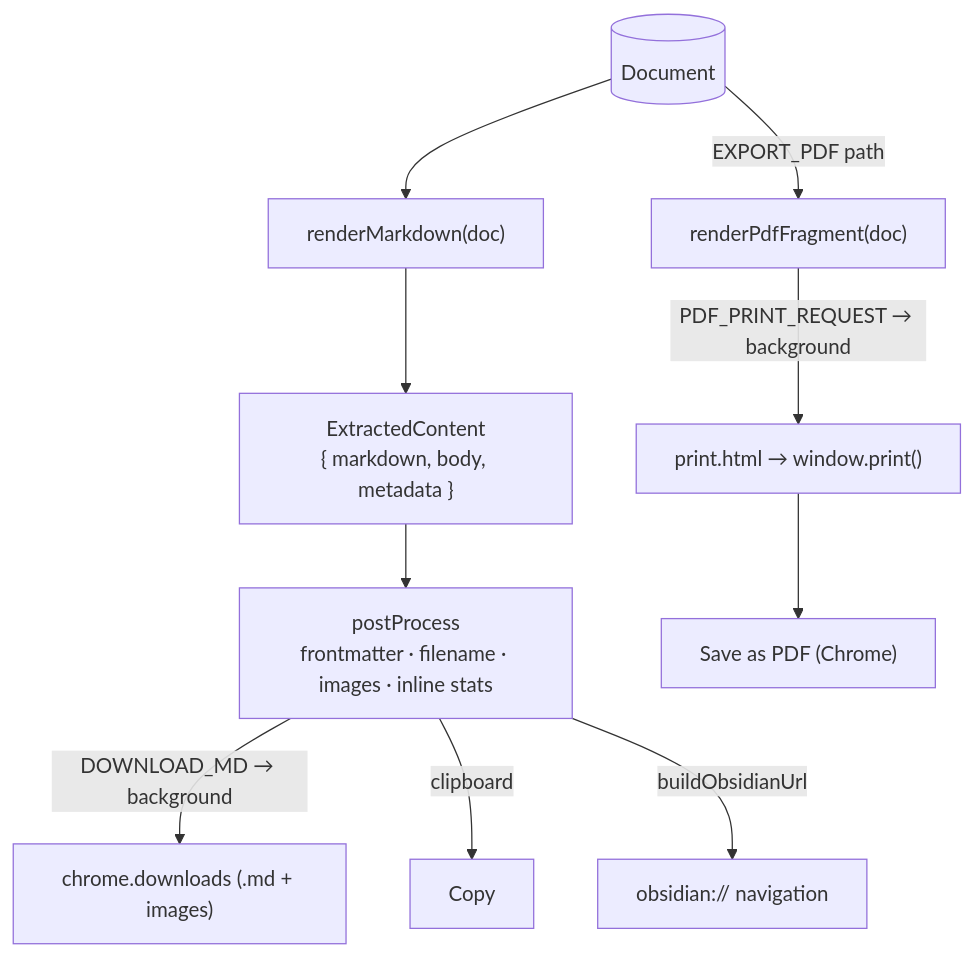
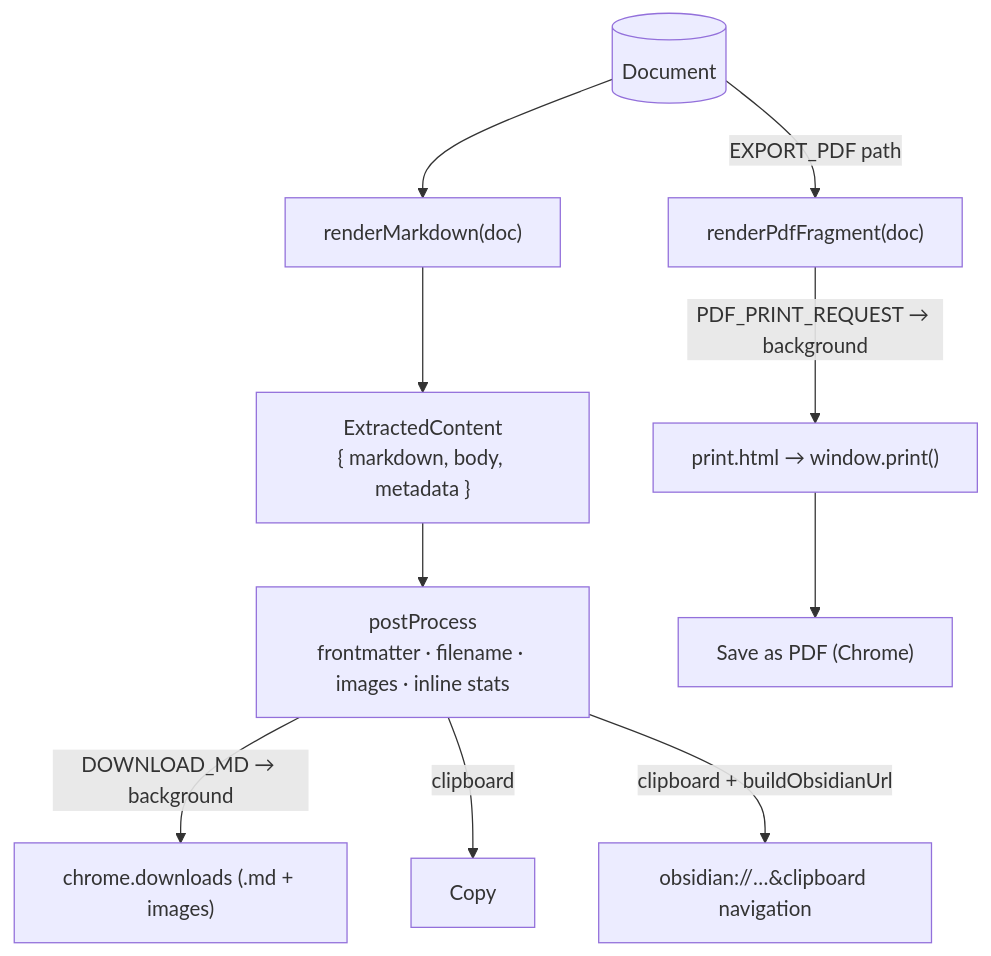
The fourth of 6 diagrams in docs/architecture.md (zendegani/XClipper), drawn with Mermaid before and after one commit. The commit also changed other lines of this file, not shown here.

Commit message:
docs(architecture): describe the clipboard handoff to Obsidian

````diff
--- a/docs/architecture.md
+++ b/docs/architecture.md
@@ -115,12 +115,12 @@
 ```mermaid
 flowchart TD
   AST[("Document")] --> RM["renderMarkdown(doc)"]
   RM --> EC["ExtractedContent<br/>{ markdown, body, metadata }"]
   EC --> PP["postProcess<br/>frontmatter · filename · images · inline stats"]
   PP -->|DOWNLOAD_MD → background| DL["chrome.downloads (.md + images)"]
   PP -->|clipboard| CP["Copy"]
-  PP -->|buildObsidianUrl| OBS["obsidian:// navigation"]
+  PP -->|clipboard + buildObsidianUrl| OBS["obsidian://…&clipboard navigation"]
   AST -->|EXPORT_PDF path| RPF["renderPdfFragment(doc)"]
   RPF -->|PDF_PRINT_REQUEST → background| PRINT["print.html → window.print()"]
   PRINT --> PDF["Save as PDF (Chrome)"]
 ```
````
